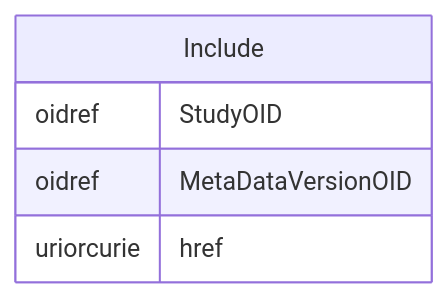
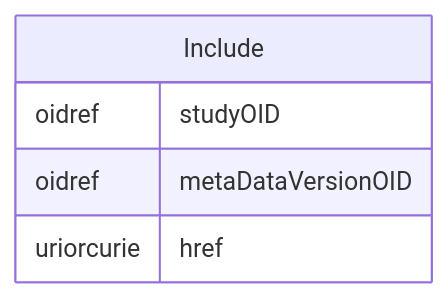
Before and after one commit to cdisc-org/DataExchange-ODM-LinkML: the diagram in docs/Include.md, drawn with Mermaid. The commit also changed other lines of this file and 759 other files, not shown here.

````diff
--- a/docs/Include.md
+++ b/docs/Include.md
@@ -11,11 +11,11 @@
 ```mermaid
 erDiagram
 Include {
-    oidref StudyOID  
-    oidref MetaDataVersionOID  
+    oidref studyOID  
+    oidref metaDataVersionOID  
     uriorcurie href  
 }
 
 
 
 ```
````
